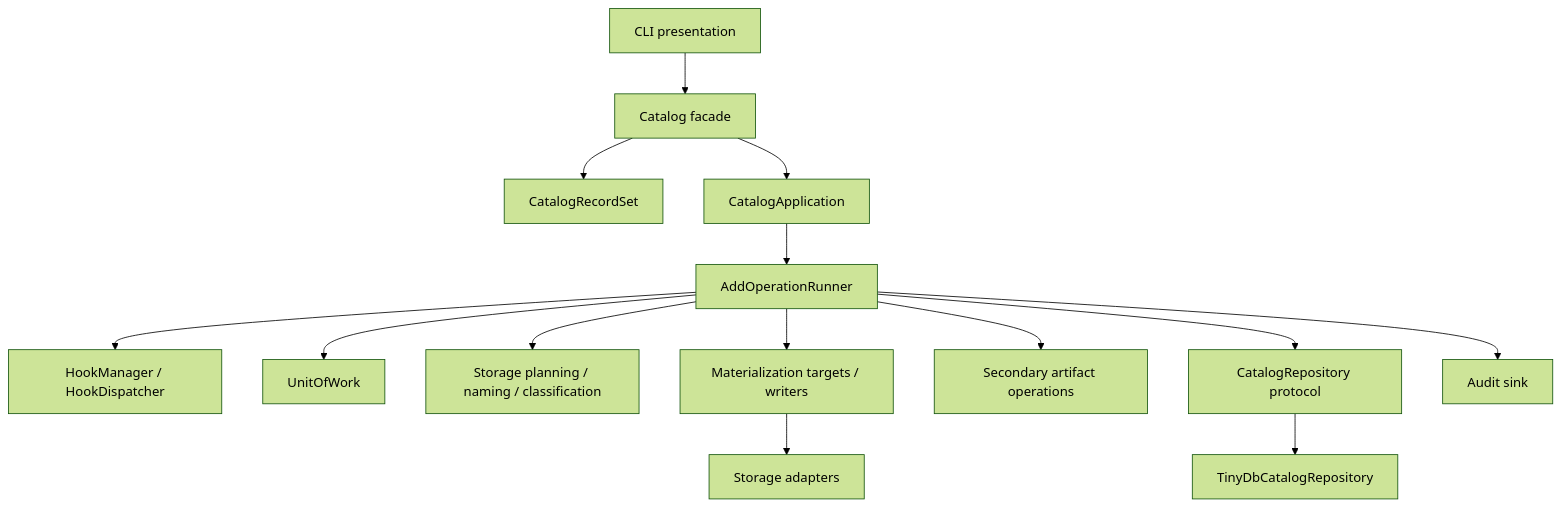
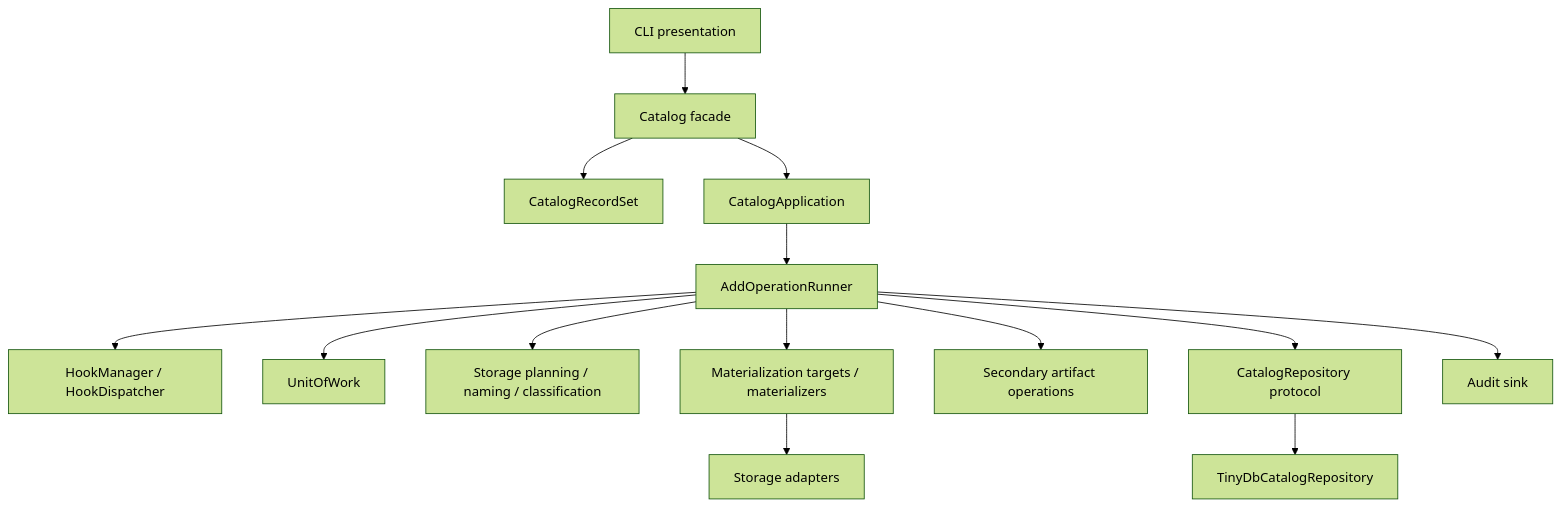
Before and after one commit to openghg/ogcat: the first of 4 diagrams in docs/current-architecture-report.md, drawn with Mermaid (forest theme). The commit also changed other lines of this file and 4 other files, not shown here.

Commit message:
Document dated architecture snapshots

````diff
--- a/docs/current-architecture-report.md
+++ b/docs/current-architecture-report.md
@@ -15,31 +25,31 @@
 ```mermaid
 flowchart TD
   CLI["CLI presentation"]
   Catalog["Catalog facade"]
   RecordSet["CatalogRecordSet"]
   App["CatalogApplication"]
   Runner["AddOperationRunner"]
   Hooks["HookManager / HookDispatcher"]
   UOW["UnitOfWork"]
   Planning["Storage planning / naming / classification"]
-  Materialization["Materialization targets / writers"]
+  Materialization["Materialization targets / materializers"]
   Secondaries["Secondary artifact operations"]
   Repository["CatalogRepository protocol"]
   TinyDB["TinyDbCatalogRepository"]
   Storage["Storage adapters"]
   Audit["Audit sink"]
 
   CLI --> Catalog
   Catalog --> RecordSet
   Catalog --> App
   App --> Runner
   Runner --> Hooks
   Runner --> UOW
   Runner --> Planning
   Runner --> Materialization
   Runner --> Secondaries
   Runner --> Repository
   Runner --> Audit
   Materialization --> Storage
   Repository --> TinyDB
 ```
````
